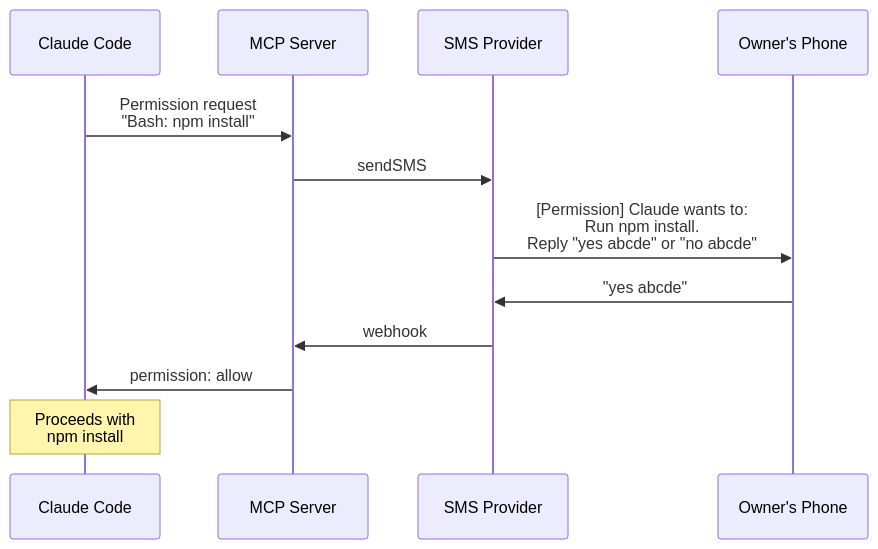
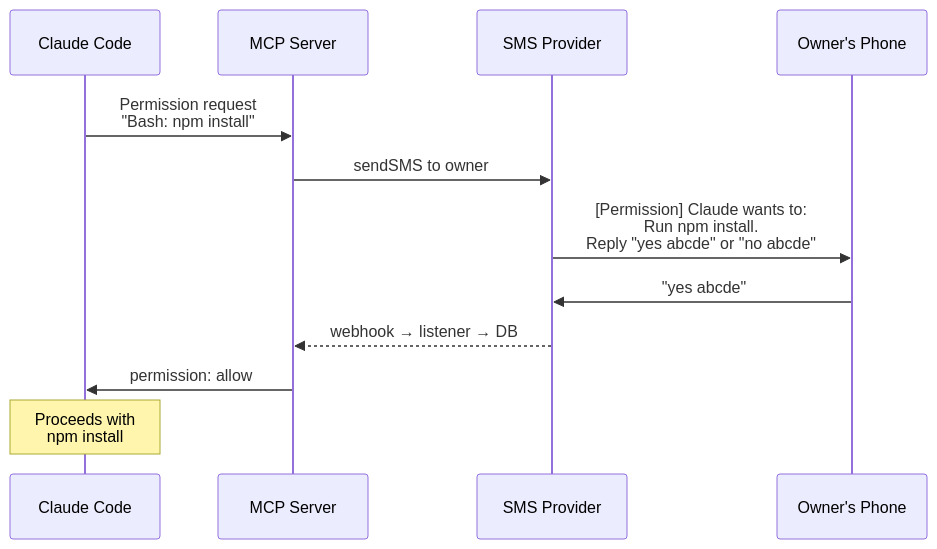
Before and after one commit to mattstein111/claude-code-sms: the third of 3 diagrams in README.md, drawn with Mermaid. The commit also changed other lines of this file, not shown here.

````diff
--- a/README.md
+++ b/README.md
@@ -329,15 +338,15 @@
 ```mermaid
 sequenceDiagram
     participant C as Claude Code
     participant M as MCP Server
     participant P as SMS Provider
     participant O as Owner's Phone
 
     C->>M: Permission request<br/>"Bash: npm install"
-    M->>P: sendSMS
+    M->>P: sendSMS to owner
     P->>O: [Permission] Claude wants to:<br/>Run npm install.<br/>Reply "yes abcde" or "no abcde"
     O->>P: "yes abcde"
-    P->>M: webhook
+    P-->>M: webhook → listener → DB
     M->>C: permission: allow
     Note over C: Proceeds with<br/>npm install
 ```
````
